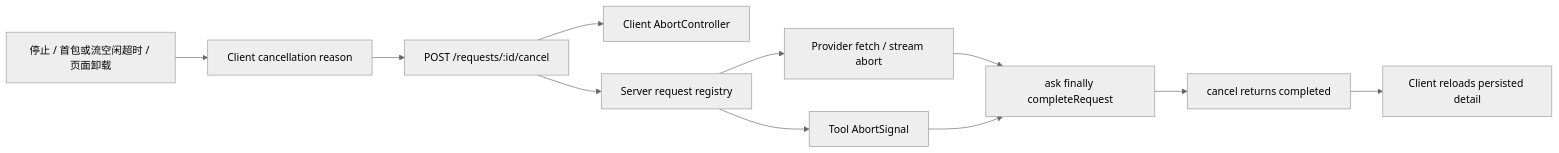
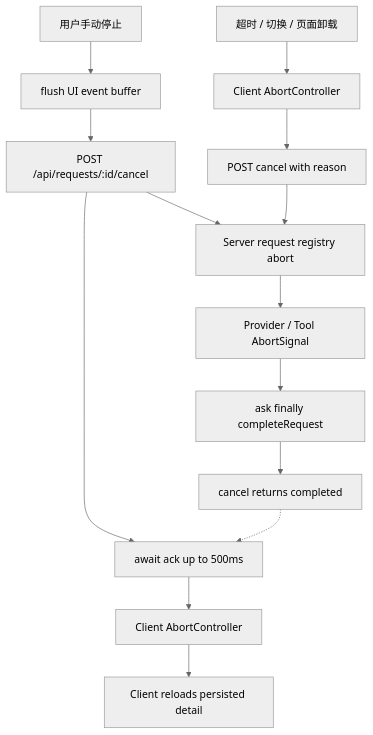
The ninth of 9 diagrams in docs/architecture.md (imingsmings/chatbot-dev), drawn with Mermaid (neutral theme) before and after one commit. The commit also changed other lines of this file and 21 other files, not shown here.

````diff
--- a/docs/architecture.md
+++ b/docs/architecture.md
@@ -307,13 +308,17 @@
 ```mermaid
-flowchart LR
-  Stop["停止 / 首包或流空闲超时 / 页面卸载"] --> Classify["Client cancellation reason"]
-  Classify --> Cancel["POST /requests/:id/cancel"]
-  Cancel --> Abort["Client AbortController"]
-  Cancel --> Registry["Server request registry"]
-  Registry --> ProviderAbort["Provider fetch / stream abort"]
-  Registry --> ToolAbort["Tool AbortSignal"]
-  ProviderAbort --> Complete["ask finally completeRequest"]
-  ToolAbort --> Complete
+flowchart TD
+  Manual["用户手动停止"] --> Flush["flush UI event buffer"]
+  Flush --> Cancel["POST /api/requests/:id/cancel"]
+  Cancel --> Deadline["await ack up to 500ms"]
+  Cancel --> Registry["Server request registry abort"]
+  Registry --> Upstream["Provider / Tool AbortSignal"]
+  Upstream --> Complete["ask finally completeRequest"]
   Complete --> Ack["cancel returns completed"]
-  Ack --> Reconcile["Client reloads persisted detail"]
+  Ack -.-> Deadline
+  Deadline --> LocalAbort["Client AbortController"]
+  LocalAbort --> Reconcile["Client reloads persisted detail"]
+
+  NonManual["超时 / 切换 / 页面卸载"] --> EarlyAbort["Client AbortController"]
+  EarlyAbort --> ReasonedCancel["POST cancel with reason"]
+  ReasonedCancel --> Registry
 ```
````
